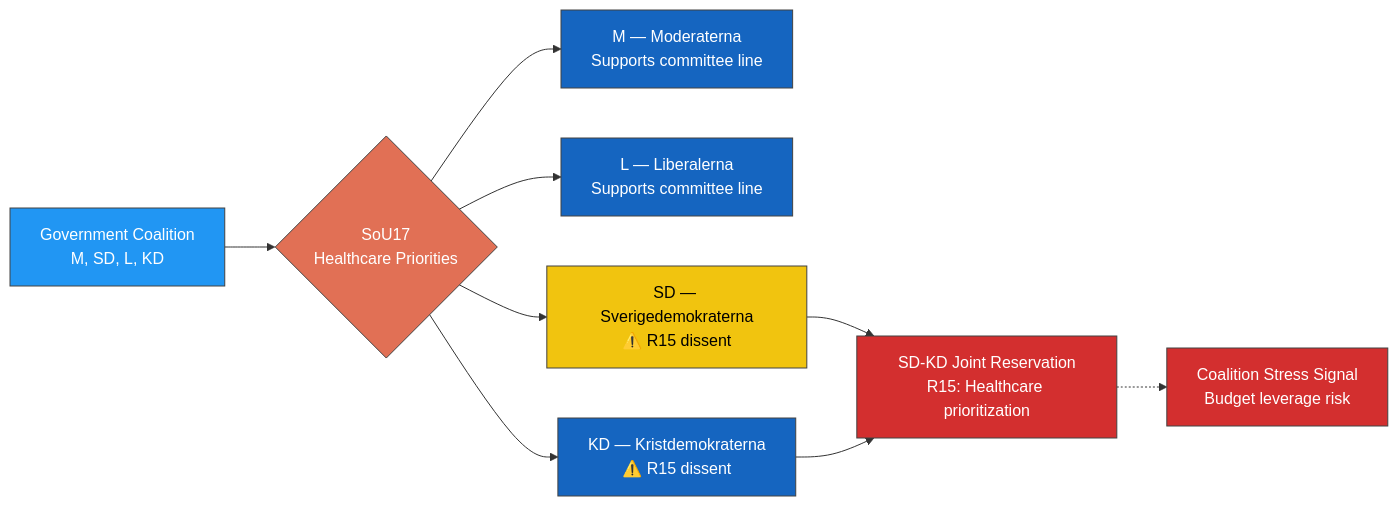
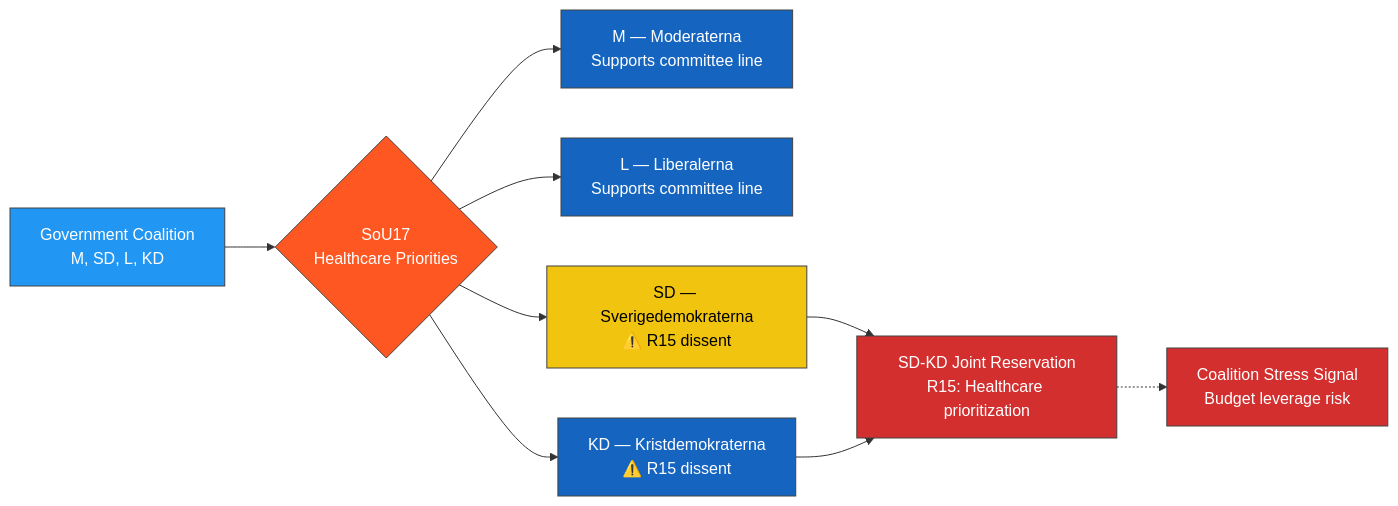
The diagram in analysis/daily/2026-04-01/committeeReports/documents/hd01sou17-analysis.md (Hack23/riksdagsmonitor), drawn with Mermaid before and after one commit. The commit also changed 121 other files, not shown here.

````diff
--- a/analysis/daily/2026-04-01/committeeReports/documents/hd01sou17-analysis.md
+++ b/analysis/daily/2026-04-01/committeeReports/documents/hd01sou17-analysis.md
@@ -63,20 +63,20 @@
 ```mermaid
 flowchart LR
     A[Government Coalition<br/>M, SD, L, KD]:::coalition --> B{SoU17<br/>Healthcare Priorities}:::committee
     B --> C[M — Moderaterna<br/>Supports committee line]:::mParty
     B --> D[L — Liberalerna<br/>Supports committee line]:::lParty
     B --> E[SD — Sverigedemokraterna<br/>⚠️ R15 dissent]:::sdParty
     B --> F[KD — Kristdemokraterna<br/>⚠️ R15 dissent]:::kdParty
     
     E & F --> G[SD-KD Joint Reservation<br/>R15: Healthcare prioritization]:::dissent
     G -.-> H[Coalition Stress Signal<br/>Budget leverage risk]:::risk
     
     classDef coalition fill:#2196F3,stroke:#424242,color:#FFFFFF
-    classDef committee fill:#e17055,stroke:#424242,color:#FFFFFF
+    classDef committee fill:#FF5722,stroke:#424242,color:#FFFFFF
     classDef mParty fill:#1565C0,stroke:#424242,color:#FFFFFF
     classDef lParty fill:#1565C0,stroke:#424242,color:#FFFFFF
     classDef sdParty fill:#f1c40f,stroke:#424242,color:#000000
     classDef kdParty fill:#1565C0,stroke:#424242,color:#FFFFFF
     classDef dissent fill:#D32F2F,stroke:#424242,color:#FFFFFF
     classDef risk fill:#D32F2F,stroke:#424242,color:#FFFFFF
 ```
````
